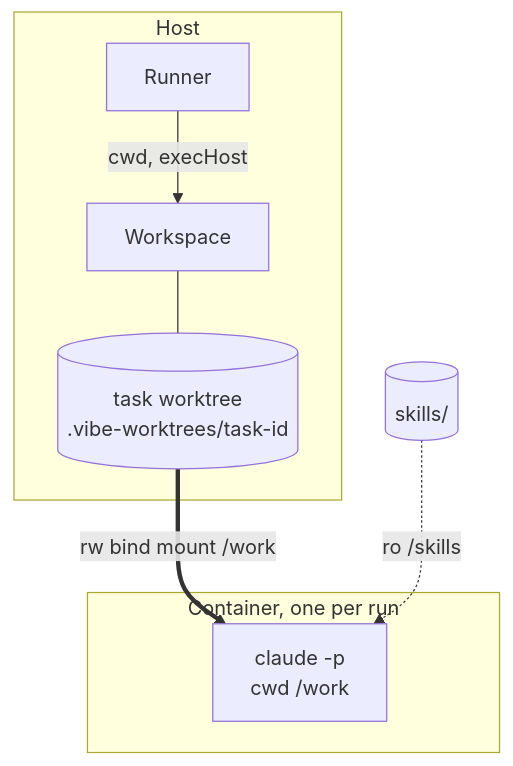
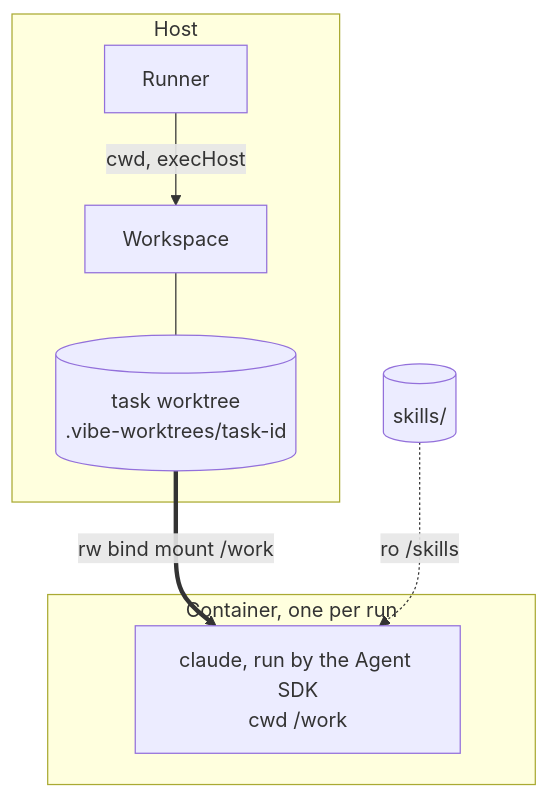
Before and after one commit to ClearCloudSoftware/flowboard: the diagram in docs/FlowBoard/Workspaces/Workspace In A Run.md, drawn with Mermaid. The commit also changed other lines of this file and 118 other files, not shown here.

````diff
--- a/docs/FlowBoard/Workspaces/Workspace In A Run.md
+++ b/docs/FlowBoard/Workspaces/Workspace In A Run.md
@@ -22,13 +22,13 @@
 ```mermaid
 flowchart TB
   subgraph Host
     R[Runner] -- cwd, execHost --> WS[Workspace]
     WT[(task worktree<br/>.vibe-worktrees/task-id)]
     WS --- WT
   end
   subgraph Box[Container, one per run]
-    CLI[claude -p<br/>cwd /work]
+    CLI[claude, run by the Agent SDK<br/>cwd /work]
   end
   WT == rw bind mount /work ==> CLI
   SK[(skills/)] -. ro /skills .-> CLI
 ```
````
